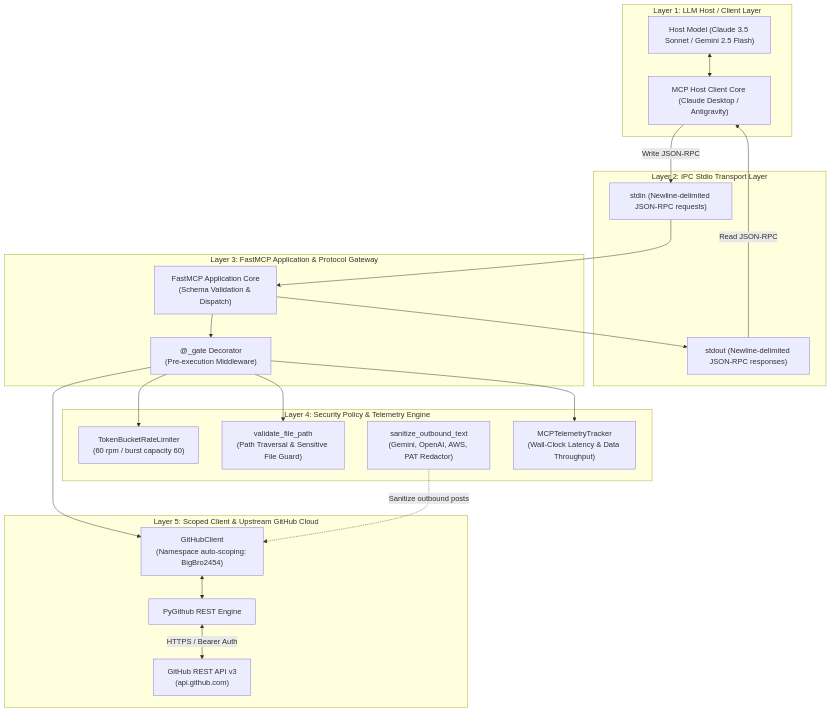
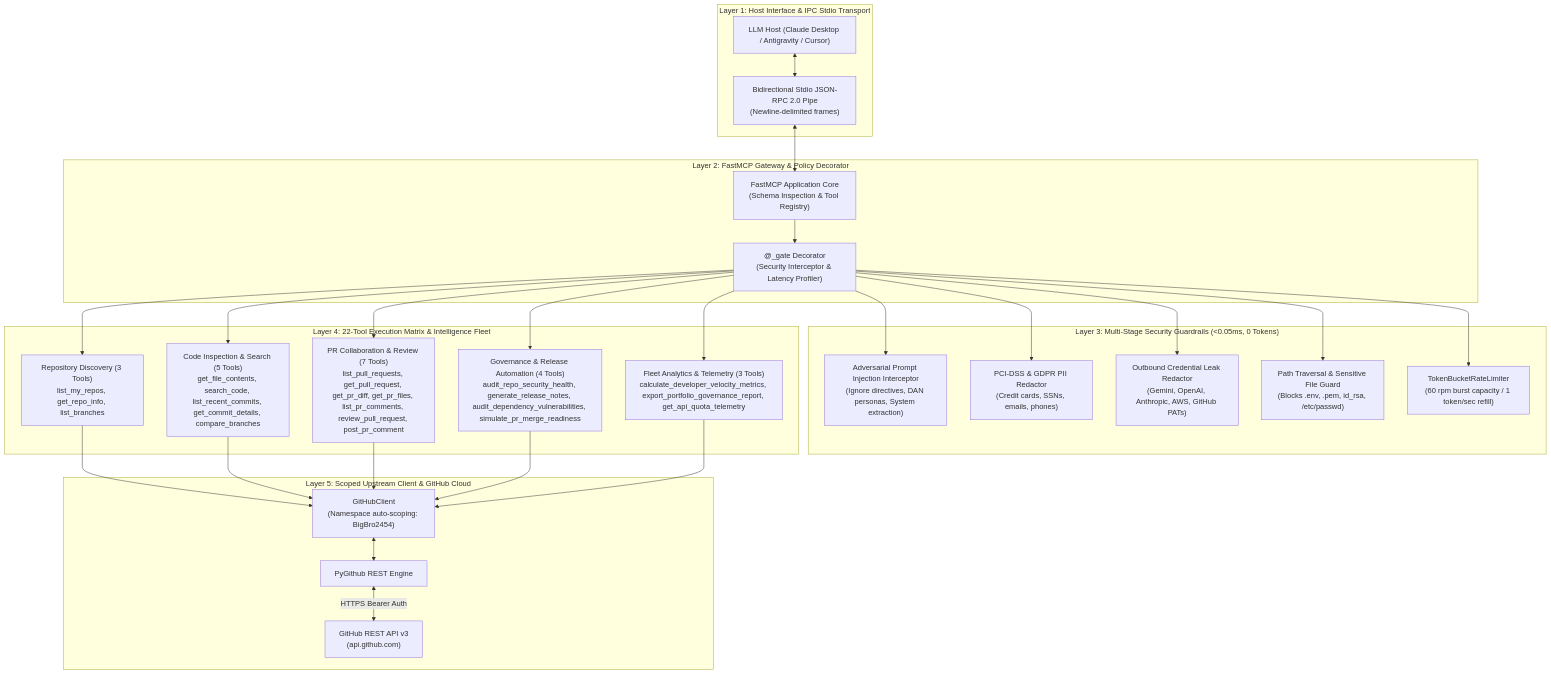
The first of 2 diagrams in README.md (BigBro2454/github-mcp-server), drawn with Mermaid before and after one commit. The commit also changed other lines of this file and 13 other files, not shown here.

Commit message:
feat: implement multi-stage security guardrails, Vertex AI token economics benchmark suite, and 22-tool fleet governance matrix

````diff
--- a/README.md
+++ b/README.md
@@ -48,44 +29,54 @@
 ```mermaid
 flowchart TD
-    subgraph Host ["Layer 1: LLM Host / Client Layer"]
-        LLM["Host Model (Claude 3.5 Sonnet / Gemini 2.5 Flash)"]
-        ClientCore["MCP Host Client Core (Claude Desktop / Antigravity)"]
-        LLM <--> ClientCore
+    subgraph Layer1 ["Layer 1: Host Interface & IPC Stdio Transport"]
+        Host["LLM Host (Claude Desktop / Antigravity / Cursor)"]
+        StdioPipe["Bidirectional Stdio JSON-RPC 2.0 Pipe\n(Newline-delimited frames)"]
+        Host <--> StdioPipe
     end
 
-    subgraph Transport ["Layer 2: IPC Stdio Transport Layer"]
-        StdinPipe["stdin (Newline-delimited JSON-RPC requests)"]
-        StdoutPipe["stdout (Newline-delimited JSON-RPC responses)"]
+    subgraph Layer2 ["Layer 2: FastMCP Gateway & Policy Decorator"]
+        FastMCPApp["FastMCP Application Core\n(Schema Inspection & Tool Registry)"]
+        GateMiddleware["@_gate Decorator\n(Security Interceptor & Latency Profiler)"]
+        StdioPipe <--> FastMCPApp
+        FastMCPApp --> GateMiddleware
     end
 
-    subgraph ServerApp ["Layer 3: FastMCP Application & Protocol Gateway"]
-        FastMCPApp["FastMCP Application Core\n(Schema Validation & Dispatch)"]
-        GateDecorator["@_gate Decorator\n(Pre-execution Middleware)"]
+    subgraph Layer3 ["Layer 3: Multi-Stage Security Guardrails (<0.05ms, 0 Tokens)"]
+        PromptGuard["Adversarial Prompt Injection Interceptor\n(Ignore directives, DAN personas, System extraction)"]
+        PIIMasker["PCI-DSS & GDPR PII Redactor\n(Credit cards, SSNs, emails, phones)"]
+        SecretSuppressor["Outbound Credential Leak Redactor\n(Gemini, OpenAI, Anthropic, AWS, GitHub PATs)"]
+        PathGuard["Path Traversal & Sensitive File Guard\n(Blocks .env, .pem, id_rsa, /etc/passwd)"]
+        RateLimiter["TokenBucketRateLimiter\n(60 rpm burst capacity / 1 token/sec refill)"]
+        GateMiddleware --> PromptGuard
+        GateMiddleware --> PIIMasker
+        GateMiddleware --> SecretSuppressor
+        GateMiddleware --> PathGuard
+        GateMiddleware --> RateLimiter
     end
 
-    subgraph PolicyGate ["Layer 4: Security Policy & Telemetry Engine"]
-        TokenBucket["TokenBucketRateLimiter\n(60 rpm / burst capacity 60)"]
-        PathValidator["validate_file_path\n(Path Traversal & Sensitive File Guard)"]
-        SecretSanitizer["sanitize_outbound_text\n(Gemini, OpenAI, AWS, PAT Redactor)"]
-        Profiler["MCPTelemetryTracker\n(Wall-Clock Latency & Data Throughput)"]
+    subgraph Layer4 ["Layer 4: 22-Tool Execution Matrix & Intelligence Fleet"]
+        RepoTools["Repository Discovery (3 Tools)\nlist_my_repos, get_repo_info, list_branches"]
+        CodeTools["Code Inspection & Search (5 Tools)\nget_file_contents, search_code, list_recent_commits, get_commit_details, compare_branches"]
+        PRTools["PR Collaboration & Review (7 Tools)\nlist_pull_requests, get_pull_request, get_pr_diff, get_pr_files, list_pr_comments, review_pull_request, post_pr_comment"]
+        GovTools["Governance & Release Automation (4 Tools)\naudit_repo_security_health, generate_release_notes, audit_dependency_vulnerabilities, simulate_pr_merge_readiness"]
+        AnalyticsTools["Fleet Analytics & Telemetry (3 Tools)\ncalculate_developer_velocity_metrics, export_portfolio_governance_report, get_api_quota_telemetry"]
+        GateMiddleware --> RepoTools
+        GateMiddleware --> CodeTools
+        GateMiddleware --> PRTools
+        GateMiddleware --> GovTools
+        GateMiddleware --> AnalyticsTools
     end
 
-    subgraph Upstream ["Layer 5: Scoped Client & Upstream GitHub Cloud"]
-        ClientWrapper["GitHubClient\n(Namespace auto-scoping: BigBro2454)"]
+    subgraph Layer5 ["Layer 5: Scoped Upstream Client & GitHub Cloud"]
+        ScopedClient["GitHubClient\n(Namespace auto-scoping: BigBro2454)"]
         PyGithubCore["PyGithub REST Engine"]
-        GitHubAPI["GitHub REST API v3\n(api.github.com)"]
-        ClientWrapper <--> PyGithubCore
-        PyGithubCore <-->|HTTPS / Bearer Auth| GitHubAPI
+        UpstreamAPI["GitHub REST API v3\n(api.github.com)"]
+        RepoTools --> ScopedClient
+        CodeTools --> ScopedClient
+        PRTools --> ScopedClient
+        GovTools --> ScopedClient
+        AnalyticsTools --> ScopedClient
+        ScopedClient <--> PyGithubCore
+        PyGithubCore <-->|HTTPS Bearer Auth| UpstreamAPI
     end
-
-    ClientCore -->|Write JSON-RPC| StdinPipe
-    StdinPipe --> FastMCPApp
-    FastMCPApp --> GateDecorator
-    GateDecorator --> TokenBucket
-    GateDecorator --> PathValidator
-    GateDecorator --> Profiler
-    GateDecorator --> ClientWrapper
-    SecretSanitizer -.->|Sanitize outbound posts| ClientWrapper
-    FastMCPApp --> StdoutPipe
-    StdoutPipe -->|Read JSON-RPC| ClientCore
 ```
````
